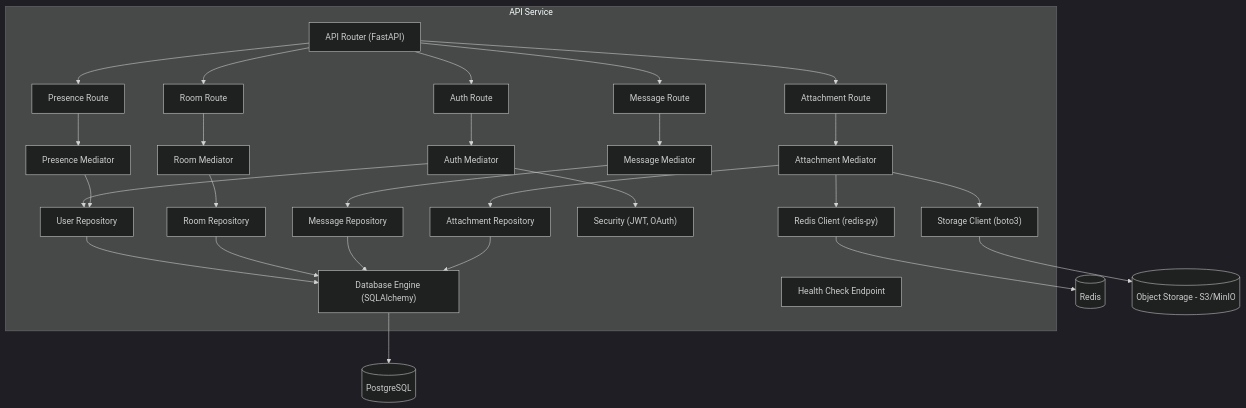
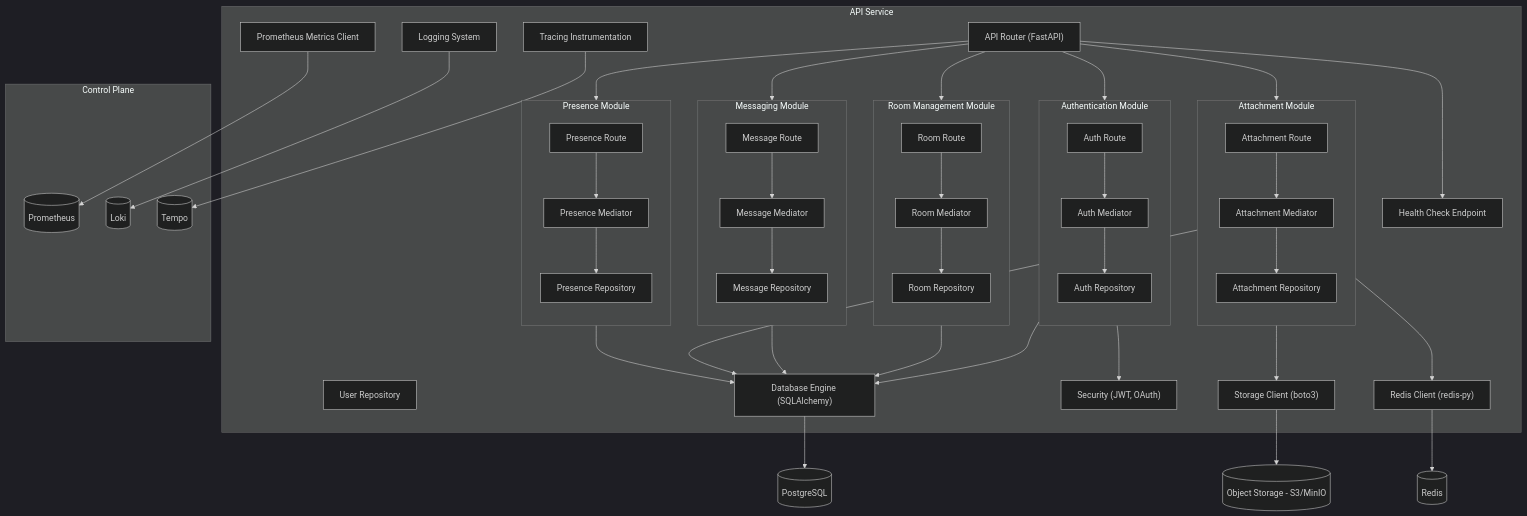
One commit to aaron-fredrick/kairo changed the diagram in docs/architecture/c4/3-component-api.mmd. Above: the diagram before and after it, drawn with Mermaid. The commit also changed 1 other file, not shown here.

Commit message:
feat(architecture): restructure architecture diagrams to modularize services and enhance observability

```diff
--- a/docs/architecture/c4/3-component-api.mmd
+++ b/docs/architecture/c4/3-component-api.mmd
@@ -1,85 +1,122 @@
 %%{init: {
   "theme": "dark",
   "flowchart": {
     "nodeSpacing": 50,
     "rankSpacing": 60
   }
 }}%%
 
 flowchart TD
 
     subgraph API[API Service]
 
         %% Base
         Router["API Router (FastAPI)"]
 
-        %% Routes (presentation layer)
-        AuthRoute[Auth Route]
-        RoomRoute[Room Route]
-        MessageRoute[Message Route]
-        AttachmentRoute[Attachment Route]
-        PresenceRoute[Presence Route]
+        subgraph AuthModule[Authentication Module]
+            direction TB
+            AuthRoute[Auth Route]
+            AuthMediator["Auth Mediator"]
+            AuthRepo["Auth Repository"]
+        end
 
-        %% Services (business logic layer)
-        AuthMediator["Auth Mediator"]
-        RoomMediator["Room Mediator"]
-        MessageMediator["Message Mediator"]
-        AttachmentMediator["Attachment Mediator"]
-        PresenceMediator["Presence Mediator"]
+        subgraph RoomModule[Room Management Module]
+            direction TB
+            RoomRoute[Room Route]
+            RoomMediator["Room Mediator"]
+            RoomRepo["Room Repository"]
+        end
 
-        %% Repositories (data access layer)
+        subgraph MessageModule[Messaging Module]
+            direction TB
+            MessageRoute[Message Route]
+            MessageMediator["Message Mediator"]
+            MessageRepo["Message Repository"]
+        end
+
+        subgraph AttachmentModule[Attachment Module]
+            direction TB
+            AttachmentRoute[Attachment Route]
+            AttachmentMediator["Attachment Mediator"]
+            AttachmentRepo["Attachment Repository"]
+        end
+
+        subgraph PresenceModule[Presence Module]
+            direction TB
+            PresenceRoute[Presence Route]
+            PresenceMediator["Presence Mediator"]
+            PresenceRepo["Presence Repository"]
+        end
+        
         UserRepo["User Repository"]
-        RoomRepo["Room Repository"]
-        MessageRepo["Message Repository"]
-        AttachmentRepo["Attachment Repository"]
 
         %% DB
         DBEngine["Database Engine (SQLAlchemy)"]
 
         %% Core
         Security["Security (JWT, OAuth)"]
 
         RedisClient["Redis Client (redis-py)"]
         StorageClient["Storage Client (boto3)"]
 
+        %% platform
+        Logging[Logging System]
+        Metrics[Prometheus Metrics Client]
+        Tracing[Tracing Instrumentation]
+
         Health[Health Check Endpoint]
 
+    end
+
+    subgraph CP[Control Plane]
+        Prometheus[(Prometheus)]
+        Loki[(Loki)]
+        Tempo[(Tempo)]
     end
 
     Postgres[(PostgreSQL)]
     Redis[(Redis)]
     Storage[(Object Storage - S3/MinIO)]
+
+    
 
     Router --> AuthRoute
     Router --> RoomRoute
     Router --> MessageRoute
     Router --> AttachmentRoute
     Router --> PresenceRoute
 
     AuthRoute --> AuthMediator
     RoomRoute --> RoomMediator
     MessageRoute --> MessageMediator
     AttachmentRoute --> AttachmentMediator
     PresenceRoute --> PresenceMediator
 
     AuthMediator --> Security
 
-    AuthMediator --> UserRepo
+    AuthMediator --> AuthRepo
     RoomMediator --> RoomRepo
     MessageMediator --> MessageRepo
     AttachmentMediator --> AttachmentRepo
-    PresenceMediator --> UserRepo
+    PresenceMediator --> PresenceRepo
 
     AttachmentMediator --> StorageClient
     AttachmentMediator --> RedisClient
 
-    UserRepo --> DBEngine
+    AuthRepo --> DBEngine
     RoomRepo --> DBEngine
     MessageRepo --> DBEngine
     AttachmentRepo --> DBEngine
+    PresenceRepo --> DBEngine
 
     DBEngine --> Postgres
 
     RedisClient --> Redis
 
     StorageClient --> Storage
+
+    Router --> Health
+
+    Logging --> Loki
+    Metrics --> Prometheus
+    Tracing --> Tempo
```
